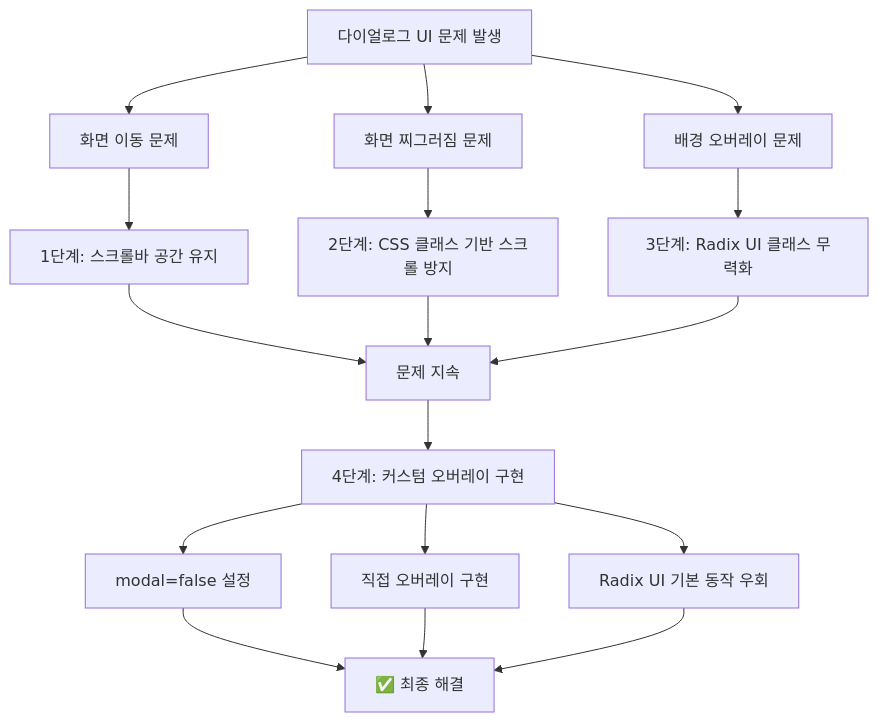
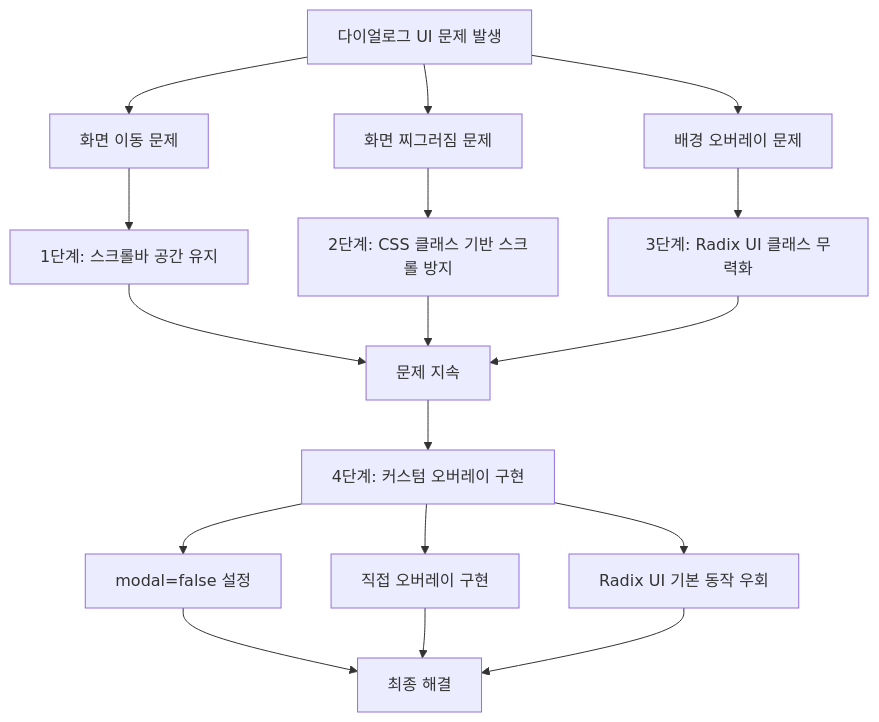
One commit to cheesepizza453/move_togaether changed the third of 6 diagrams in docs/worklog/20250924_가까운순_정렬_기능_완성_및_카카오맵_API_통합_개선.md. Above: the diagram before and after it, drawn with Mermaid. The commit also changed other lines of this file, not shown here.

Commit message:
위치 검색 다이얼로그 및 카카오맵 API 통합 아키텍처 개선: 다이얼로그 UI의 문제 해결 과정을 문서화하고, 카카오맵 API와의 연동 흐름을 명확히 하였습니다. 또한, 거리 계산 및 결과 반환 로직을 개선하여 사용자 경험을 향상시켰습니다.

````diff
--- a/docs/worklog/20250924_가까운순_정렬_기능_완성_및_카카오맵_API_통합_개선.md
+++ b/docs/worklog/20250924_가까운순_정렬_기능_완성_및_카카오맵_API_통합_개선.md
@@ -431,23 +431,23 @@
 ```mermaid
 graph TD
-    A[다이얼로그 UI 문제 발생] --> B[화면 이동 문제]
-    A --> C[화면 찌그러짐 문제]
-    A --> D[배경 오버레이 문제]
+    A["다이얼로그 UI 문제 발생"] --> B["화면 이동 문제"]
+    A --> C["화면 찌그러짐 문제"]
+    A --> D["배경 오버레이 문제"]
 
-    B --> E[1단계: 스크롤바 공간 유지]
-    C --> F[2단계: CSS 클래스 기반 스크롤 방지]
-    D --> G[3단계: Radix UI 클래스 무력화]
+    B --> E["1단계: 스크롤바 공간 유지"]
+    C --> F["2단계: CSS 클래스 기반 스크롤 방지"]
+    D --> G["3단계: Radix UI 클래스 무력화"]
 
-    E --> H[문제 지속]
+    E --> H["문제 지속"]
     F --> H
     G --> H
 
-    H --> I[4단계: 커스텀 오버레이 구현]
-    I --> J[modal=false 설정]
-    I --> K[직접 오버레이 구현]
-    I --> L[Radix UI 기본 동작 우회]
+    H --> I["4단계: 커스텀 오버레이 구현"]
+    I --> J["modal=false 설정"]
+    I --> K["직접 오버레이 구현"]
+    I --> L["Radix UI 기본 동작 우회"]
 
-    J --> M[✅ 최종 해결]
+    J --> M["최종 해결"]
     K --> M
     L --> M
 ```
````
